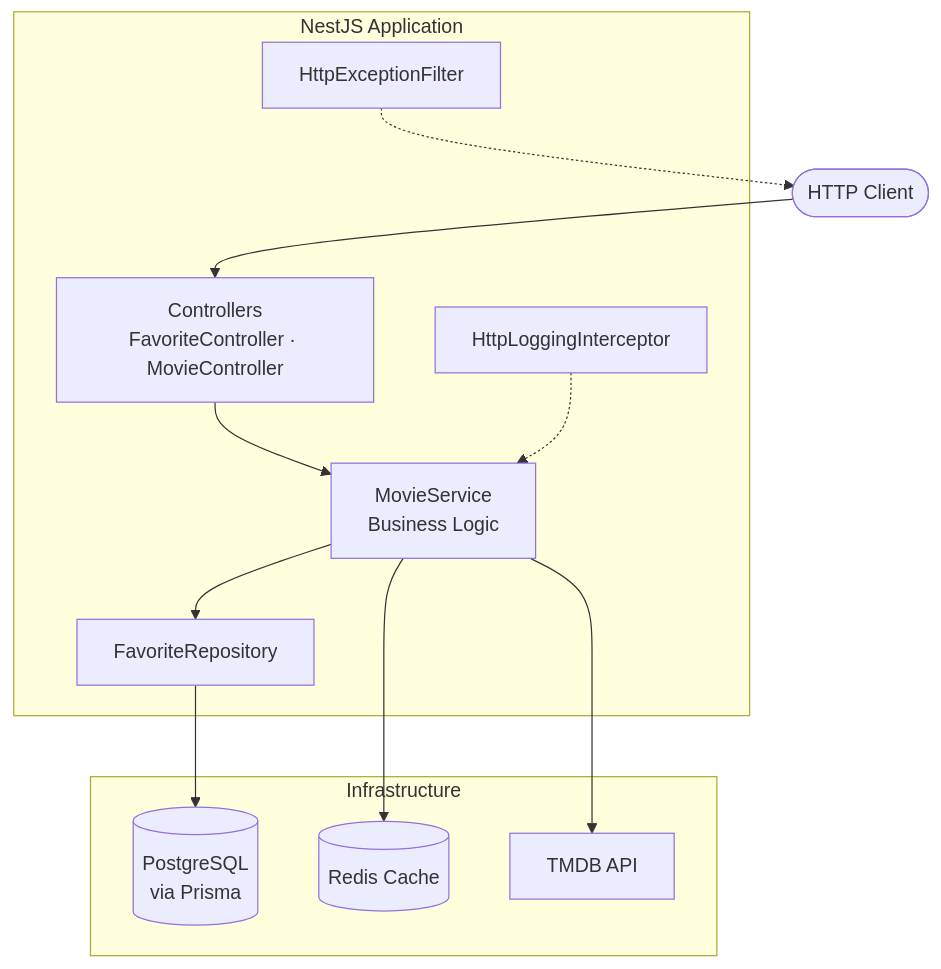
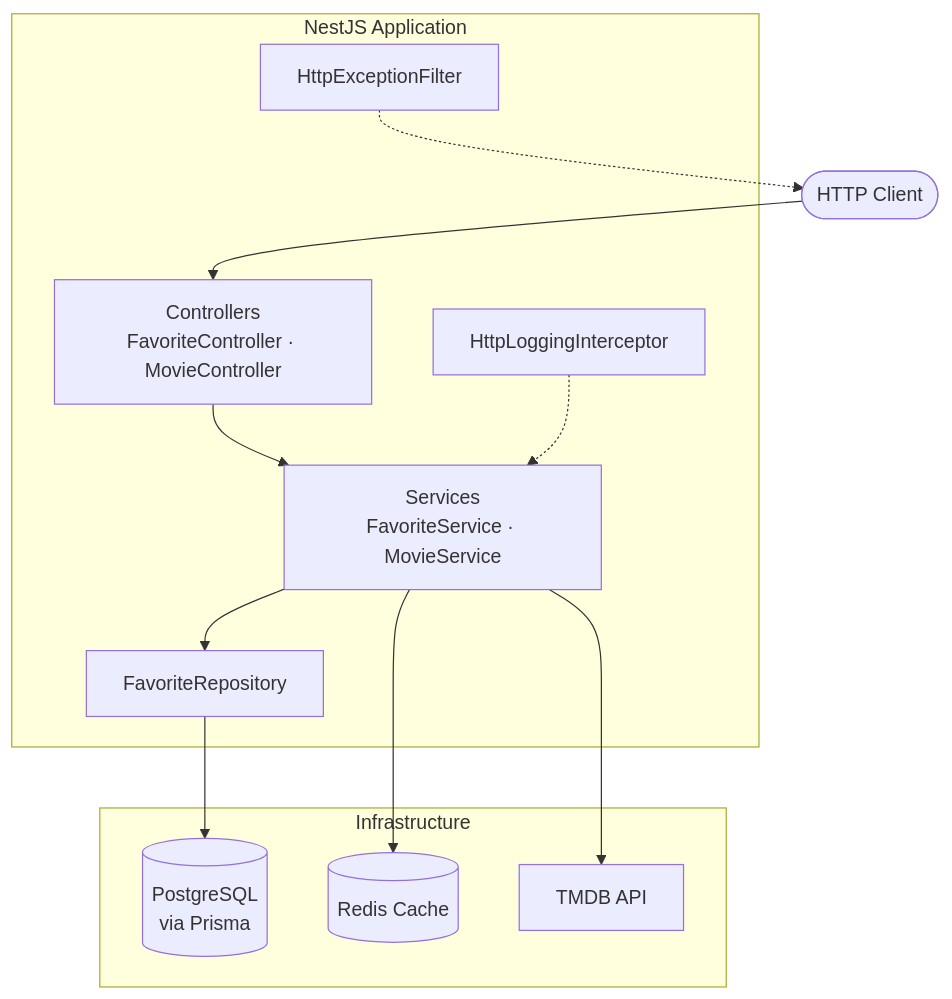
One commit to ConstantinoRafael/movie-favorites-api changed the diagram in README.md. Above: the diagram before and after it, drawn with Mermaid. The commit also changed other lines of this file, not shown here.

Commit message:
docs: enhance README with detailed service descriptions and Docker setup instructions

````diff
--- a/README.md
+++ b/README.md
@@ -110,27 +121,27 @@
 ```mermaid
 flowchart TB
     Client([HTTP Client])
 
     subgraph NestJS Application
         Controller[Controllers<br/>FavoriteController · MovieController]
-        Service[MovieService<br/>Business Logic]
+        Service[Services<br/>FavoriteService · MovieService]
         Repo[FavoriteRepository]
         Filter[HttpExceptionFilter]
         Interceptor[HttpLoggingInterceptor]
     end
 
     subgraph Infrastructure
         Prisma[(PostgreSQL<br/>via Prisma)]
         Redis[(Redis Cache)]
         TMDB[TMDB API]
     end
 
     Client --> Controller
     Controller --> Service
     Service --> Repo
     Service --> Redis
     Service --> TMDB
     Repo --> Prisma
     Interceptor -.-> Service
     Filter -.-> Client
 ```
````
